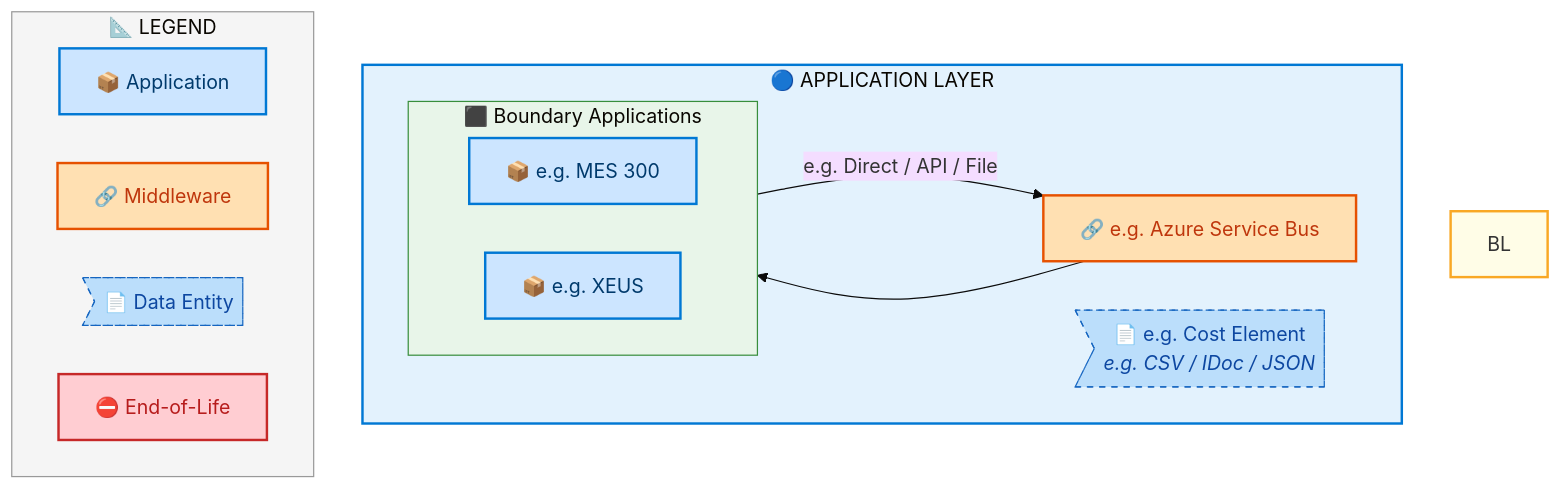
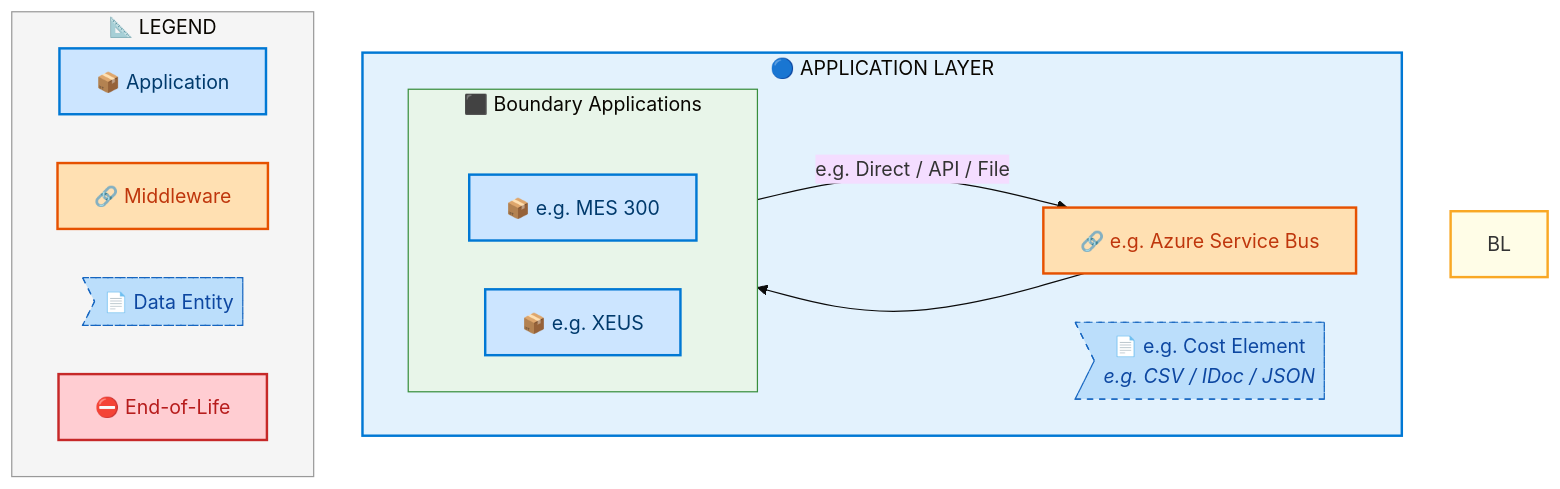
One commit to sajivfrancis777/IAO-Architecture changed the fifth of 7 diagrams in towers/E2E/Procure to Pay/E2E-50/output/docs/systems-architecture/E2E-50-Architecture.md. Above: the diagram before and after it, drawn with Mermaid. The commit also changed other lines of this file and 250 other files, not shown here.

First line of the commit message:
perf+fix: lazy Mermaid rendering + rank-enforced layer ordering

````diff
--- a/towers/E2E/Procure to Pay/E2E-50/output/docs/systems-architecture/E2E-50-Architecture.md
+++ b/towers/E2E/Procure to Pay/E2E-50/output/docs/systems-architecture/E2E-50-Architecture.md
@@ -686,42 +688,44 @@
 ```mermaid
 %%{init: {"theme": "base", "securityLevel": "loose", "themeVariables": {"fontSize": "16px", "fontFamily": "Segoe UI, Arial, sans-serif"}, "flowchart": {"useMaxWidth": false, "htmlLabels": true, "nodeSpacing": 40, "rankSpacing": 50}} }%%
 flowchart TB
     %% -- ArchiMate 3.2 + Azure style classes --
     classDef business      fill:#FFFFB3,stroke:#F9A825,stroke-width:2px,color:#000
     classDef app           fill:#CCE5FF,stroke:#0078D4,stroke-width:2px,color:#003A6C
     classDef data          fill:#BBDEFB,stroke:#1565C0,stroke-width:1px,color:#0D47A1,stroke-dasharray: 5 5
     classDef middleware    fill:#FFE0B2,stroke:#E65100,stroke-width:2px,color:#BF360C
     classDef eol           fill:#FFCDD2,stroke:#C62828,stroke-width:2px,color:#B71C1C
     classDef saas          fill:#E1BEE7,stroke:#7B1FA2,stroke-width:2px,color:#4A148C
     classDef cloud         fill:#BBDEFB,stroke:#1565C0,stroke-width:2px,color:#0D47A1
     classDef onprem        fill:#C8E6C9,stroke:#2E7D32,stroke-width:2px,color:#1B5E20
+    classDef rankAnchor    width:0px,height:0px,padding:0px,margin:0px,fill:none,stroke:none
 
     subgraph AL["🔵 APPLICATION LAYER"]
         direction LR
         subgraph E2E50FLN_Boundary_Applications[" ⬛ Boundary Applications"]
             direction LR
+            E2E50F_ALRANK_0[ ]:::rankAnchor
             E2E50F_e_g_MES_300["📦 e.g. MES 300"]:::app
             E2E50F_e_g_XEUS["📦 e.g. XEUS"]:::app
         end
         E2E50FMW_e_g_Azure_Service_Bus["🔗 e.g. Azure Service Bus"]:::middleware
         E2E50FDE_e_g_Cost_Element>"📄 e.g. Cost Element<br/><i>e.g. CSV / IDoc / JSON</i>"]:::data
     end
 
     E2E50F_e_g_MES_300 -->|"e.g. Direct / API / File"| E2E50FMW_e_g_Azure_Service_Bus
     E2E50FMW_e_g_Azure_Service_Bus --> E2E50F_e_g_XEUS
 
 
     style BL fill:#FFFDE7,stroke:#F9A825,stroke-width:2px
     style AL fill:#E3F2FD,stroke:#0078D4,stroke-width:2px
 
     style E2E50FLN_Boundary_Applications fill:#E8F5E9,stroke:#388E3C,stroke-width:1px
 
     subgraph Legend["📐 LEGEND"]
         direction LR
         L_APP["📦 Application"]:::app
         L_MW["🔗 Middleware"]:::middleware
         L_DE>"📄 Data Entity"]:::data
         L_EOL["⛔ End-of-Life"]:::eol
     end
     style Legend fill:#F5F5F5,stroke:#999,stroke-width:1px
 ```
````
